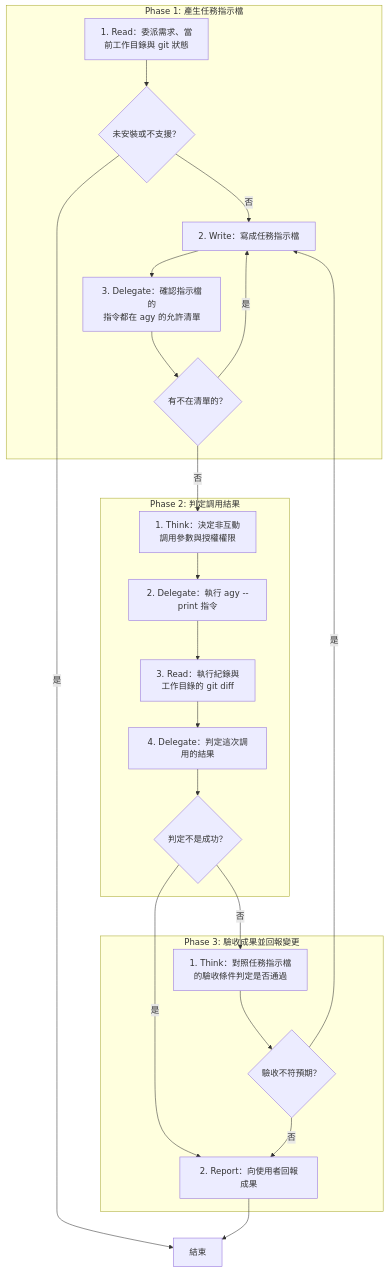
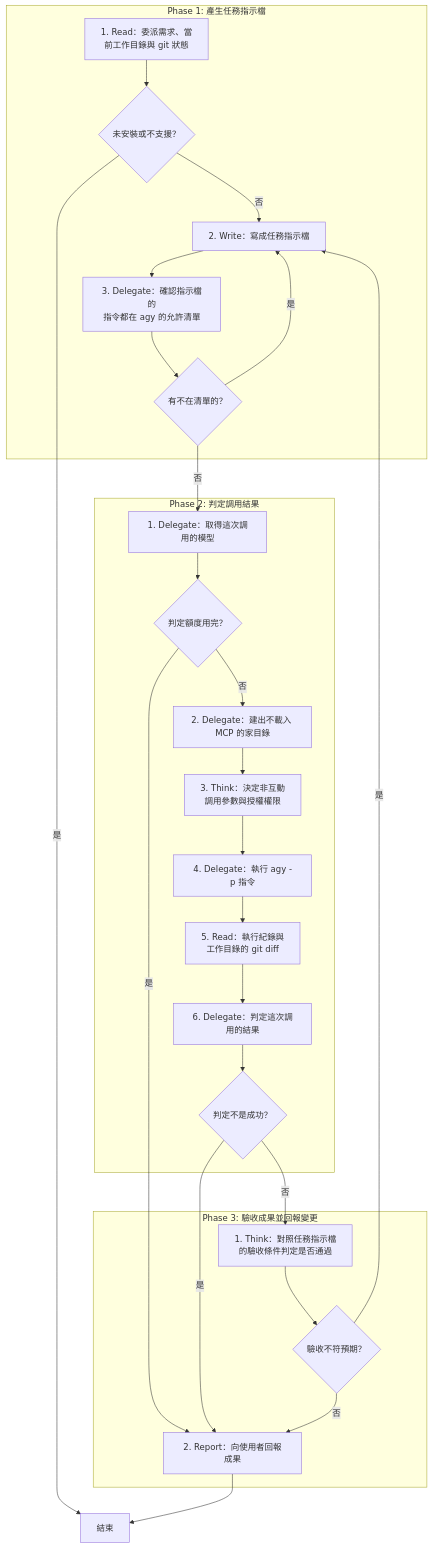
Before and after one commit to AI-x-BDD/BDGG-Dev-Skills: the diagram in .agents/skills/invoke-agy/SKILL.md, drawn with Mermaid. The commit also changed other lines of this file and 9 other files, not shown here.

First line of the commit message:
fix(invoke-agy): 依額度選模型、批次上限、token 前綴比對允許清單、無頭不載 MCP

````diff
--- a/.agents/skills/invoke-agy/SKILL.md
+++ b/.agents/skills/invoke-agy/SKILL.md
@@ -26,40 +28,47 @@
 ```mermaid
 flowchart TD
     subgraph P1["Phase 1: 產生任務指示檔"]
         P1S1["1. Read：委派需求、當<br/>前工作目錄與 git 狀態"]
         G_P1S1_1{"未安裝或不支援？"}
         P1S2["2. Write：寫成任務指示檔"]
         P1S3["3. Delegate：確認指示檔的<br/>指令都在 agy 的允許清單"]
         G_P1S3_1{"有不在清單的？"}
     end
     subgraph P2["Phase 2: 判定調用結果"]
-        P2S1["1. Think：決定非互動<br/>調用參數與授權權限"]
-        P2S2["2. Delegate：執行 agy --print 指令"]
-        P2S3["3. Read：執行紀錄與<br/>工作目錄的 git diff"]
-        P2S4["4. Delegate：判定這次調用的結果"]
-        G_P2S4_1{"判定不是成功？"}
+        P2S1["1. Delegate：取得這次調用的模型"]
+        G_P2S1_1{"判定額度用完？"}
+        P2S2["2. Delegate：建出不載入 MCP 的家目錄"]
+        P2S3["3. Think：決定非互動<br/>調用參數與授權權限"]
+        P2S4["4. Delegate：執行 agy -p 指令"]
+        P2S5["5. Read：執行紀錄與<br/>工作目錄的 git diff"]
+        P2S6["6. Delegate：判定這次調用的結果"]
+        G_P2S6_1{"判定不是成功？"}
     end
     subgraph P3["Phase 3: 驗收成果並回報變更"]
         P3S1["1. Think：對照任務指示檔<br/>的驗收條件判定是否通過"]
         G_P3S1_1{"驗收不符預期？"}
         P3S2["2. Report：向使用者回報成果"]
     end
     End["結束"]
     P1S1 --> G_P1S1_1
     G_P1S1_1 -->|是| End
     G_P1S1_1 -->|否| P1S2
     P1S2 --> P1S3
     P1S3 --> G_P1S3_1
     G_P1S3_1 -->|是| P1S2
     G_P1S3_1 -->|否| P2S1
-    P2S1 --> P2S2
+    P2S1 --> G_P2S1_1
+    G_P2S1_1 -->|是| P3S2
+    G_P2S1_1 -->|否| P2S2
     P2S2 --> P2S3
     P2S3 --> P2S4
-    P2S4 --> G_P2S4_1
-    G_P2S4_1 -->|是| P3S2
-    G_P2S4_1 -->|否| P3S1
+    P2S4 --> P2S5
+    P2S5 --> P2S6
+    P2S6 --> G_P2S6_1
+    G_P2S6_1 -->|是| P3S2
+    G_P2S6_1 -->|否| P3S1
     P3S1 --> G_P3S1_1
     G_P3S1_1 -->|是| P1S2
     G_P3S1_1 -->|否| P3S2
     P3S2 --> End
 ```
````
